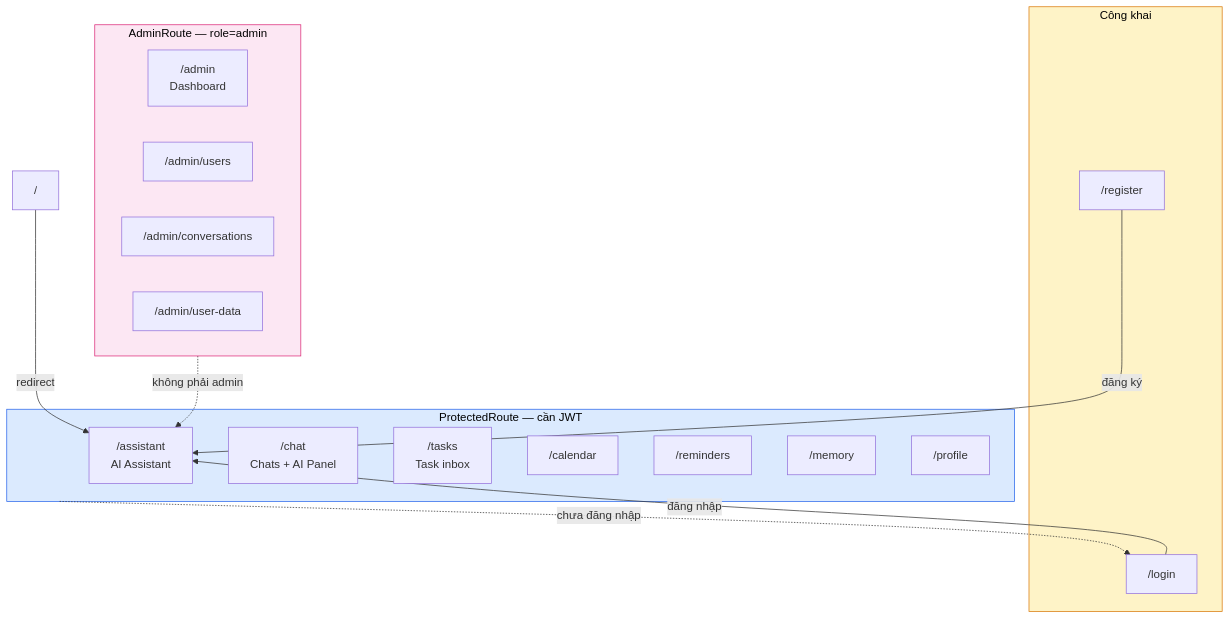
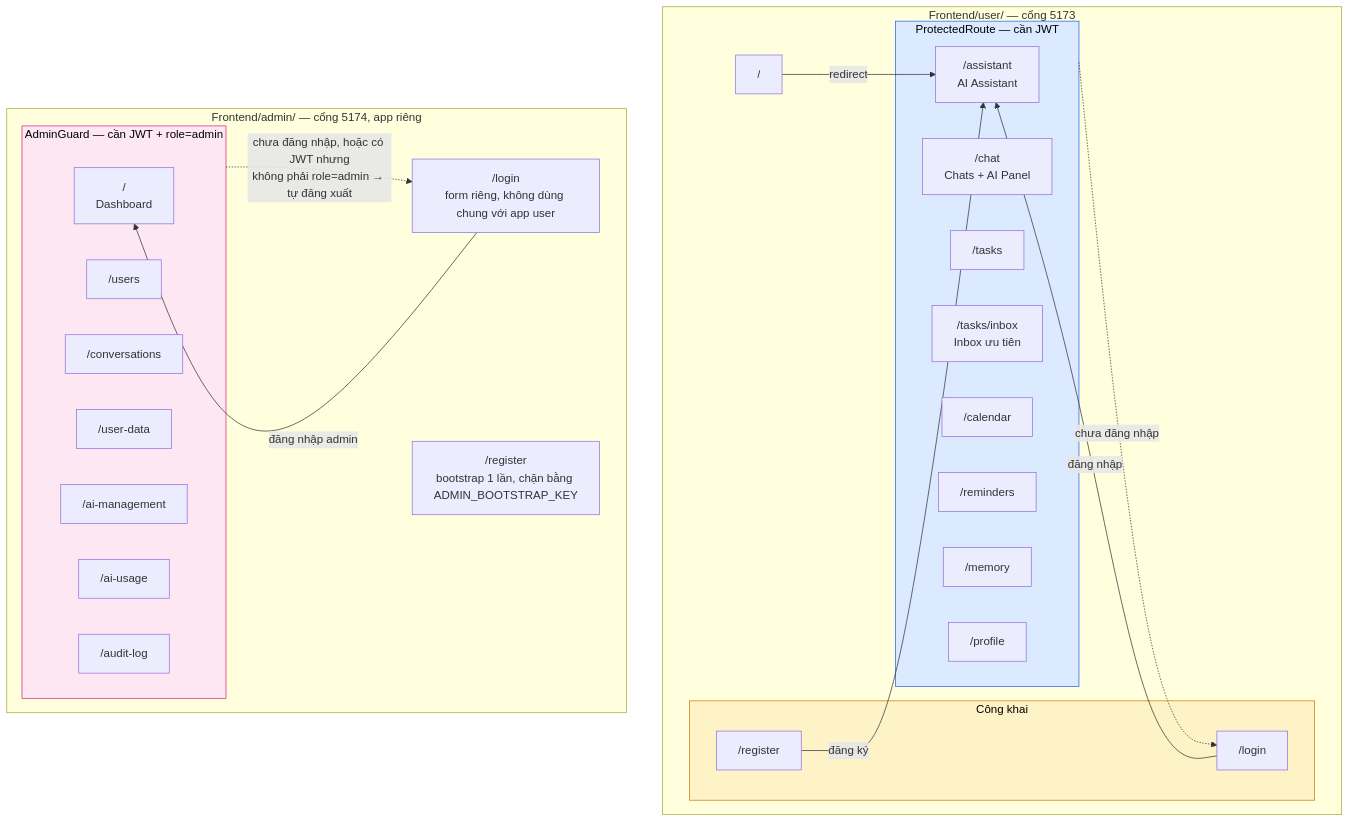
The first of 5 diagrams in docs/UI_FLOW.md (vanTanIsReal/copy_build_phase), drawn with Mermaid before and after one commit. The commit also changed other lines of this file and 11 other files, not shown here.

````diff
--- a/docs/UI_FLOW.md
+++ b/docs/UI_FLOW.md
@@ -10,35 +15,48 @@
 ```mermaid
 graph TD
-    Root["/"] -->|redirect| Assistant
+    subgraph UserApp["Frontend/user/ — cổng 5173"]
+        Root["/"] -->|redirect| Assistant
 
-    subgraph Public["Công khai"]
-        Login["/login"]
-        Register["/register"]
+        subgraph Public["Công khai"]
+            Login["/login"]
+            Register["/register"]
+        end
+
+        subgraph Protected["ProtectedRoute — cần JWT"]
+            Assistant["/assistant<br/>AI Assistant"]
+            Chat["/chat<br/>Chats + AI Panel"]
+            Tasks["/tasks"]
+            TasksInbox["/tasks/inbox<br/>Inbox ưu tiên"]
+            Calendar["/calendar"]
+            Reminders["/reminders"]
+            Memory["/memory"]
+            Profile["/profile"]
+        end
+
+        Login -->|đăng nhập| Assistant
+        Register -->|đăng ký| Assistant
+        Protected -.->|chưa đăng nhập| Login
     end
 
-    subgraph Protected["ProtectedRoute — cần JWT"]
-        Assistant["/assistant<br/>AI Assistant"]
-        Chat["/chat<br/>Chats + AI Panel"]
-        Tasks["/tasks<br/>Task inbox"]
-        Calendar["/calendar"]
-        Reminders["/reminders"]
-        Memory["/memory"]
-        Profile["/profile"]
+    subgraph AdminApp["Frontend/admin/ — cổng 5174, app riêng"]
+        ALogin["/login<br/>form riêng, không dùng chung với app user"]
+        ARegister["/register<br/>bootstrap 1 lần, chặn bằng ADMIN_BOOTSTRAP_KEY"]
+
+        subgraph AdminGuard["AdminGuard — cần JWT + role=admin"]
+            AdminDash["/<br/>Dashboard"]
+            AdminUsers["/users"]
+            AdminConv["/conversations"]
+            AdminData["/user-data"]
+            AdminAI["/ai-management"]
+            AdminUsage["/ai-usage"]
+            AdminAudit["/audit-log"]
+        end
+
+        ALogin -->|đăng nhập admin| AdminDash
+        AdminGuard -.->|chưa đăng nhập, hoặc có JWT nhưng<br/>không phải role=admin → tự đăng xuất| ALogin
     end
-
-    subgraph AdminOnly["AdminRoute — role=admin"]
-        AdminDash["/admin<br/>Dashboard"]
-        AdminUsers["/admin/users"]
-        AdminConv["/admin/conversations"]
-        AdminData["/admin/user-data"]
-    end
-
-    Login -->|đăng nhập| Assistant
-    Register -->|đăng ký| Assistant
-    Protected -.->|chưa đăng nhập| Login
-    AdminOnly -.->|không phải admin| Assistant
 
     style Public fill:#fef3c7,stroke:#d97706,color:#000
     style Protected fill:#dbeafe,stroke:#2563eb,color:#000
-    style AdminOnly fill:#fce7f3,stroke:#db2777,color:#000
+    style AdminGuard fill:#fce7f3,stroke:#db2777,color:#000
 ```
````
